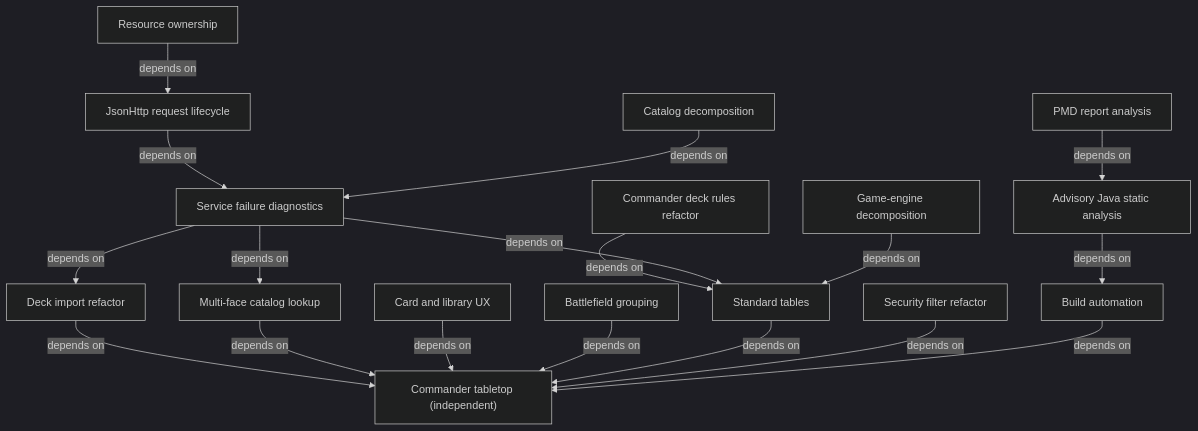
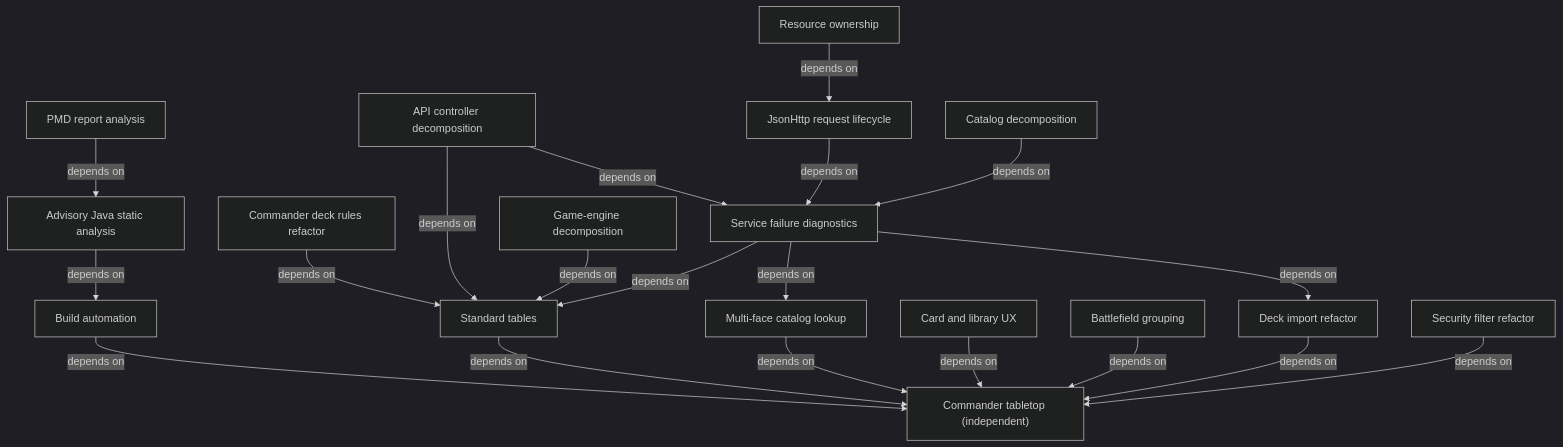
One commit to gossagomez-new/mtgcmd changed the diagram in spec/INDEX.md. Above: the diagram before and after it, drawn with Mermaid (dark theme). The commit also changed other lines of this file and 17 other files, not shown here.

````diff
--- a/spec/INDEX.md
+++ b/spec/INDEX.md
@@ -26,36 +27,39 @@
 ```mermaid
 flowchart TD
     tabletop["Commander tabletop (independent)"]
     build["Build automation"]
     analysis["Advisory Java static analysis"]
     analysis -->|depends on| build
     pmdreview["PMD report analysis"]
     pmdreview -->|depends on| analysis
     imports["Deck import refactor"]
     imports -->|depends on| tabletop
     catalog["Multi-face catalog lookup"]
     catalog -->|depends on| tabletop
     ux["Card and library UX"]
     ux -->|depends on| tabletop
     grouping["Battlefield grouping"]
     grouping -->|depends on| tabletop
     standard["Standard tables"]
     standard -->|depends on| tabletop
     deckrules["Commander deck rules refactor"]
     deckrules -->|depends on| standard
     diagnostics["Service failure diagnostics"]
     diagnostics -->|depends on| imports
     diagnostics -->|depends on| catalog
     diagnostics -->|depends on| standard
+    api["API controller decomposition"]
+    api -->|depends on| diagnostics
+    api -->|depends on| standard
     transport["JsonHttp request lifecycle"]
     transport -->|depends on| diagnostics
     resources["Resource ownership"]
     resources -->|depends on| transport
     decomposition["Catalog decomposition"]
     decomposition -->|depends on| diagnostics
     engine["Game-engine decomposition"]
     engine -->|depends on| standard
     security["Security filter refactor"]
     security -->|depends on| tabletop
     build -->|depends on| tabletop
 ```
````
